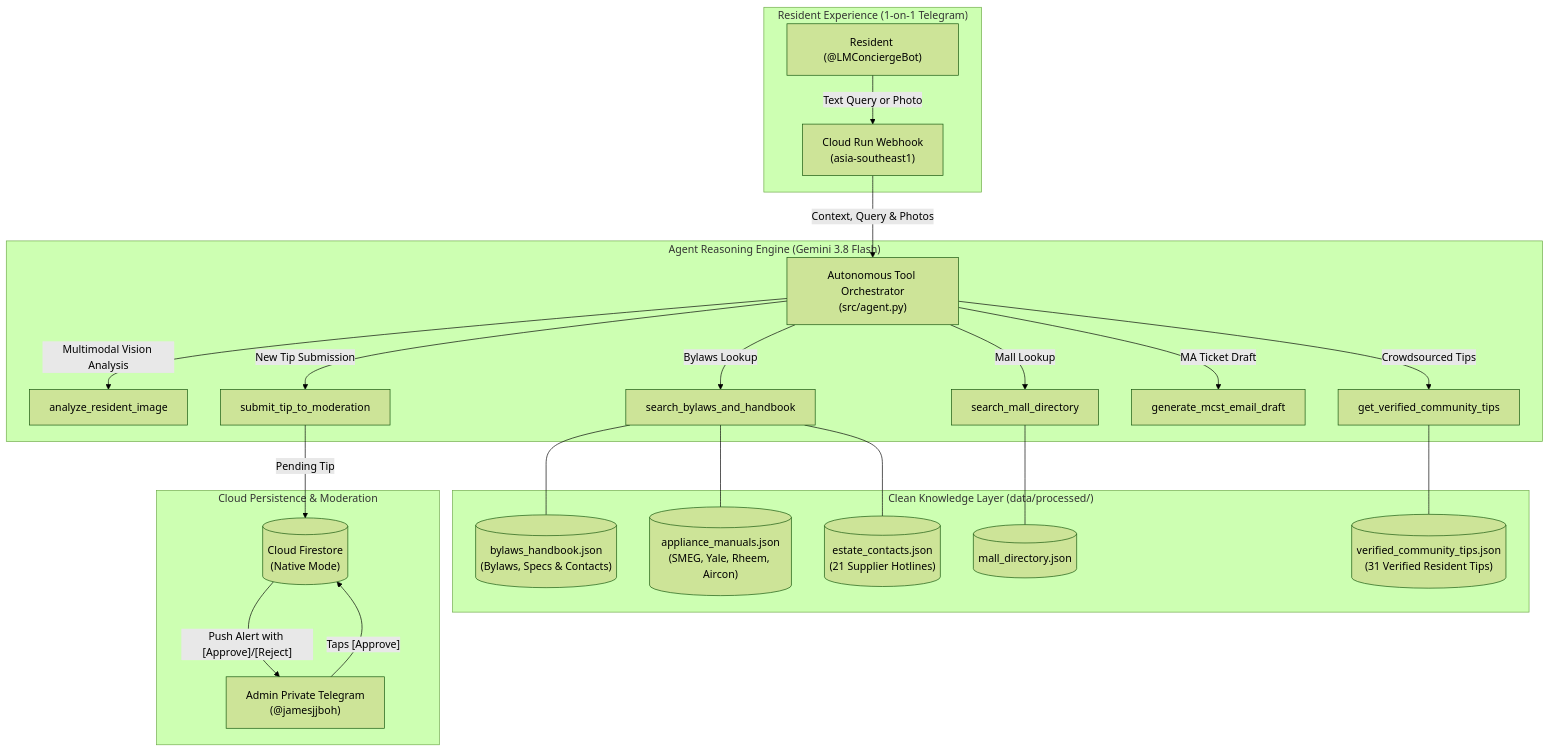
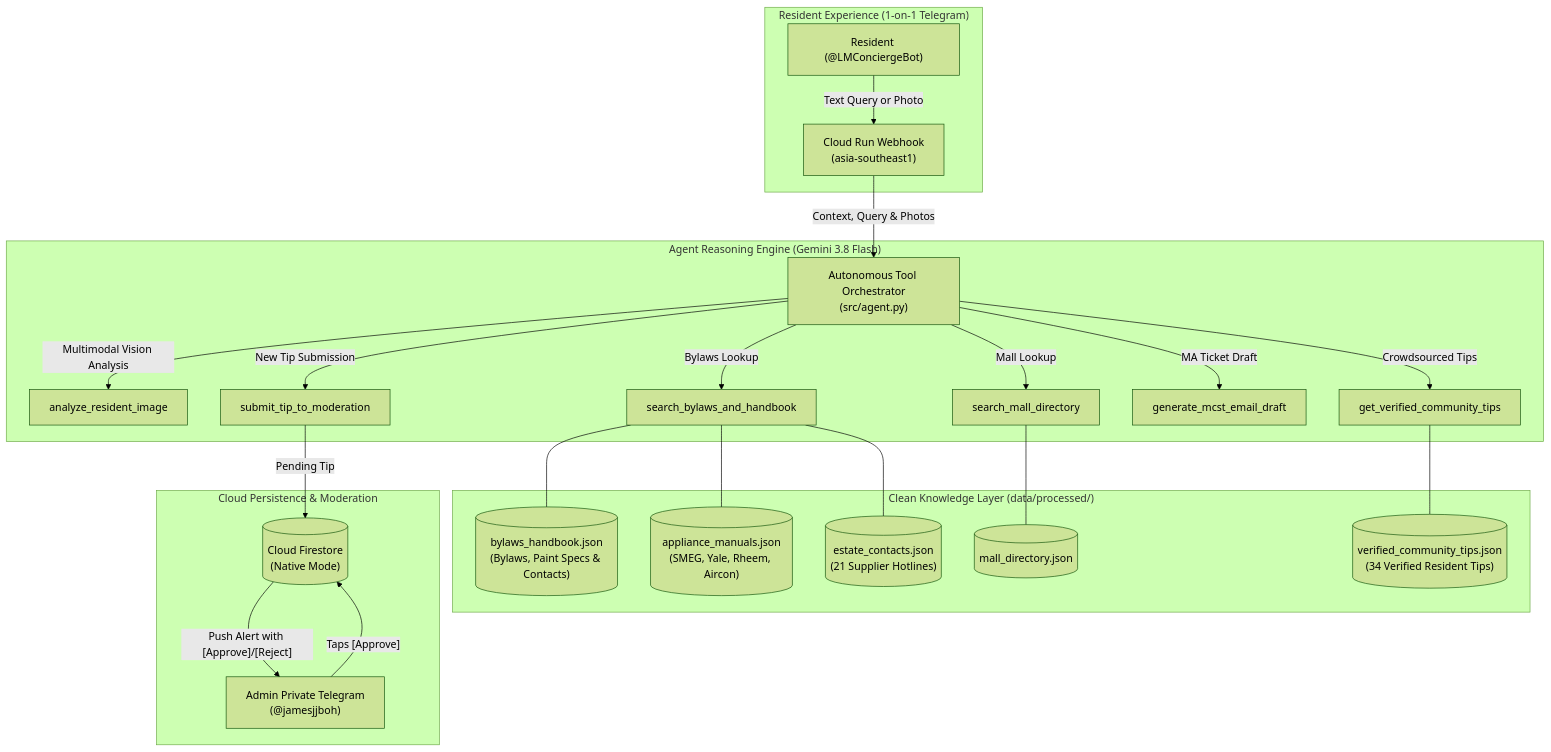
One commit to Jamesjjboh/Lentor-Modern-Concierge changed the diagram in README.md. Above: the diagram before and after it, drawn with Mermaid (forest theme). The commit also changed other lines of this file and 4 other files, not shown here.

````diff
--- a/README.md
+++ b/README.md
@@ -28,30 +28,30 @@
 ```mermaid
 flowchart TD
     subgraph ResidentExperience["Resident Experience (1-on-1 Telegram)"]
         User["Resident (@LMConciergeBot)"] -->|"Text Query or Photo"| Webhook["Cloud Run Webhook<br/>(asia-southeast1)"]
     end
 
     subgraph AgentCore["Agent Reasoning Engine (Gemini 3.8 Flash)"]
         Webhook -->|"Context, Query & Photos"| Agent["Autonomous Tool Orchestrator<br/>(src/agent.py)"]
         Agent -->|"Multimodal Vision Analysis"| Vision["analyze_resident_image"]
         Agent -->|"Bylaws Lookup"| Tool1["search_bylaws_and_handbook"]
         Agent -->|"Mall Lookup"| Tool2["search_mall_directory"]
         Agent -->|"Crowdsourced Tips"| Tool3["get_verified_community_tips"]
         Agent -->|"MA Ticket Draft"| Tool4["generate_mcst_email_draft"]
         Agent -->|"New Tip Submission"| Tool5["submit_tip_to_moderation"]
     end
 
     subgraph KnowledgeData["Clean Knowledge Layer (data/processed/)"]
-        Tool1 --- K1[("bylaws_handbook.json<br/>(Bylaws, Specs & Contacts)")]
+        Tool1 --- K1[("bylaws_handbook.json<br/>(Bylaws, Paint Specs & Contacts)")]
         Tool1 --- K4[("appliance_manuals.json<br/>(SMEG, Yale, Rheem, Aircon)")]
         Tool1 --- K5[("estate_contacts.json<br/>(21 Supplier Hotlines)")]
         Tool2 --- K2[("mall_directory.json")]
-        Tool3 --- K3[("verified_community_tips.json<br/>(31 Verified Resident Tips)")]
+        Tool3 --- K3[("verified_community_tips.json<br/>(34 Verified Resident Tips)")]
     end
 
     subgraph DatabaseLayer["Cloud Persistence & Moderation"]
         Tool5 -->|"Pending Tip"| Firestore[("Cloud Firestore<br/>(Native Mode)")]
         Firestore -->|"Push Alert with [Approve]/[Reject]"| Admin["Admin Private Telegram<br/>(@jamesjjboh)"]
         Admin -->|"Taps [Approve]"| Firestore
     end
 ```
````
